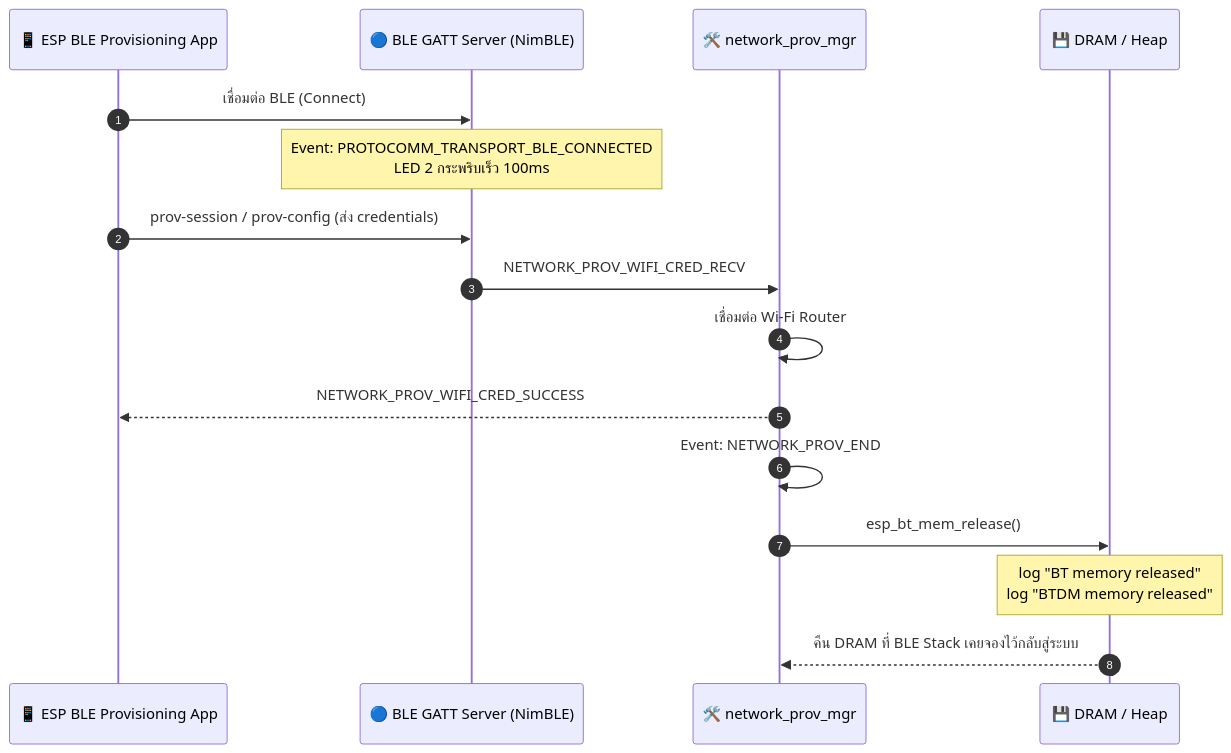
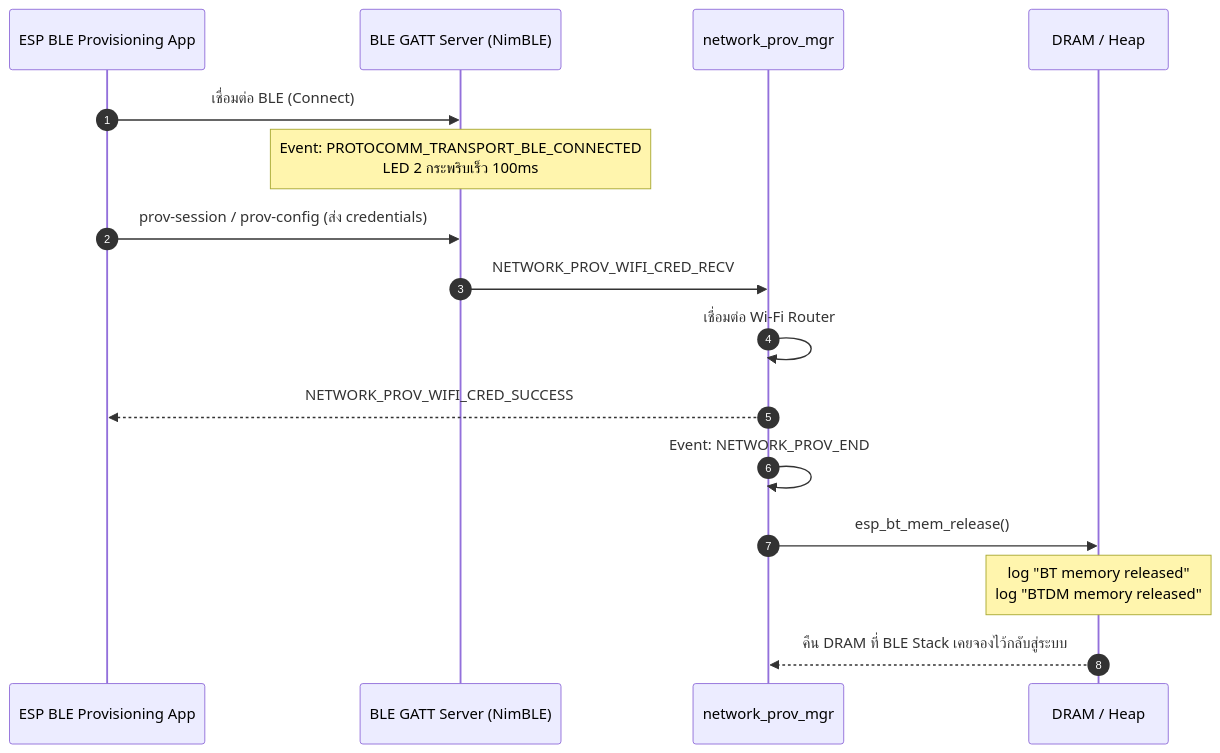
Before and after one commit to IoT-App-2569/Week-07-W-iFi-Privisioning: the second of 2 diagrams in Answers/Lab7-3-Answers.md, drawn with Mermaid. The commit also changed 4 other files, not shown here.

````diff
--- a/Answers/Lab7-3-Answers.md
+++ b/Answers/Lab7-3-Answers.md
@@ -87,19 +87,19 @@
 ```mermaid
 sequenceDiagram
     autonumber
-    participant App as 📱 ESP BLE Provisioning App
-    participant BLE as 🔵 BLE GATT Server (NimBLE)
-    participant Mgr as 🛠️ network_prov_mgr
-    participant Sys as 💾 DRAM / Heap
+    participant App as ESP BLE Provisioning App
+    participant BLE as BLE GATT Server (NimBLE)
+    participant Mgr as network_prov_mgr
+    participant Sys as DRAM / Heap
 
     App->>BLE: เชื่อมต่อ BLE (Connect)
     Note over BLE: Event: PROTOCOMM_TRANSPORT_BLE_CONNECTED<br/>LED 2 กระพริบเร็ว 100ms
     App->>BLE: prov-session / prov-config (ส่ง credentials)
     BLE->>Mgr: NETWORK_PROV_WIFI_CRED_RECV
     Mgr->>Mgr: เชื่อมต่อ Wi-Fi Router
     Mgr-->>App: NETWORK_PROV_WIFI_CRED_SUCCESS
     Mgr->>Mgr: Event: NETWORK_PROV_END
     Mgr->>Sys: esp_bt_mem_release()
     Note over Sys: log "BT memory released"<br/>log "BTDM memory released"
     Sys-->>Mgr: คืน DRAM ที่ BLE Stack เคยจองไว้กลับสู่ระบบ
 ```
````
